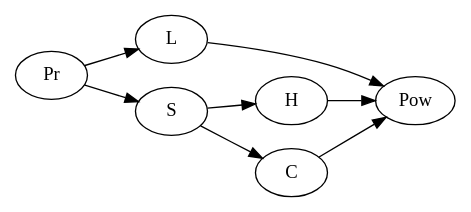
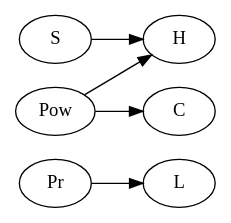
Before and after one commit to smarianimore/multiagent_algorithm: the diagram in tmp/1/Digraph.gv, drawn with Graphviz. The commit also changed 11 other files, not shown here.

```diff
--- a/tmp/1/Digraph.gv
+++ b/tmp/1/Digraph.gv
@@ -1,10 +1,7 @@
 digraph {
 	graph [rankdir=LR]
 	Pr -> L
-	Pr -> S
-	L -> Pow
-	H -> Pow
-	C -> Pow
+	Pow -> H
+	Pow -> C
 	S -> H
-	S -> C
 }
```
